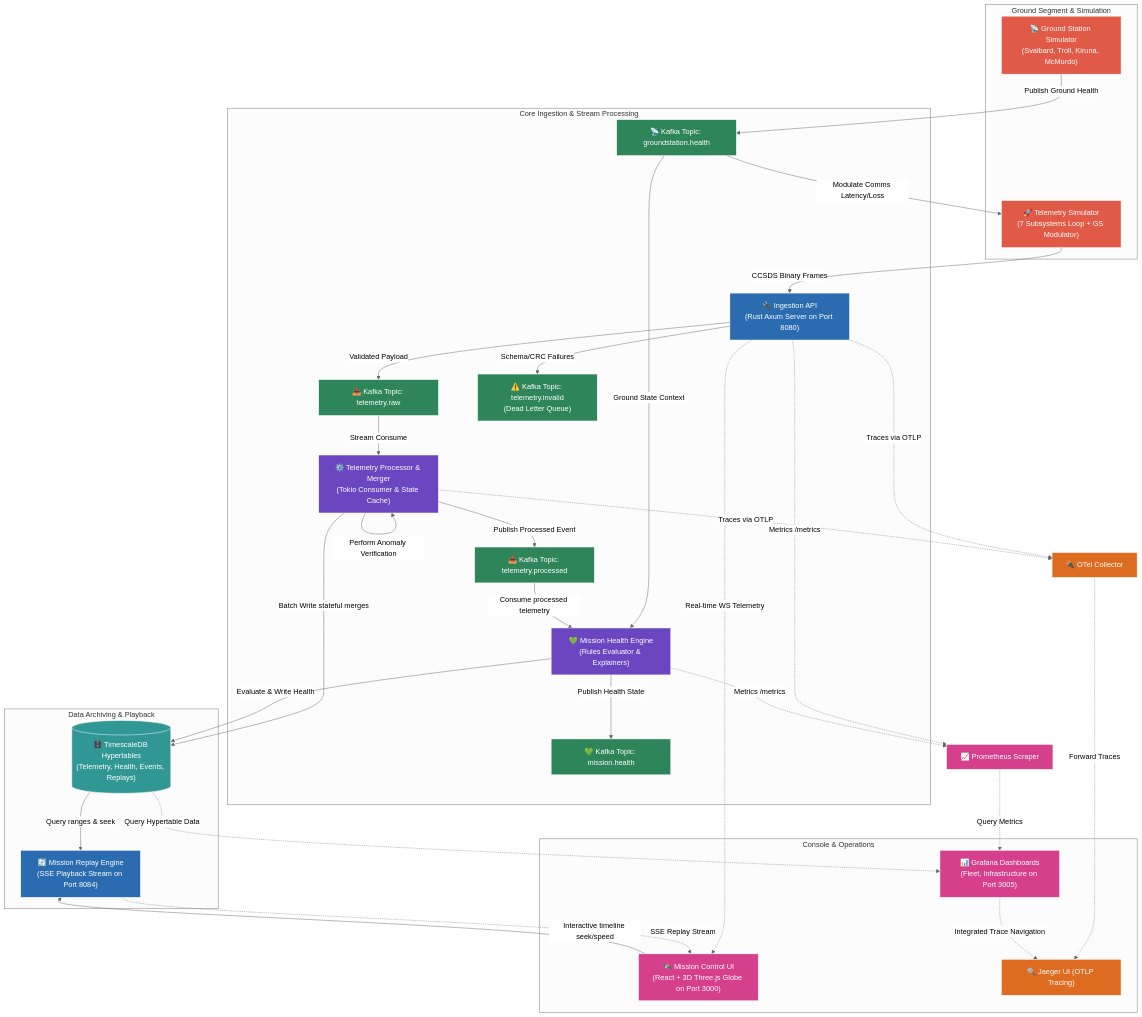
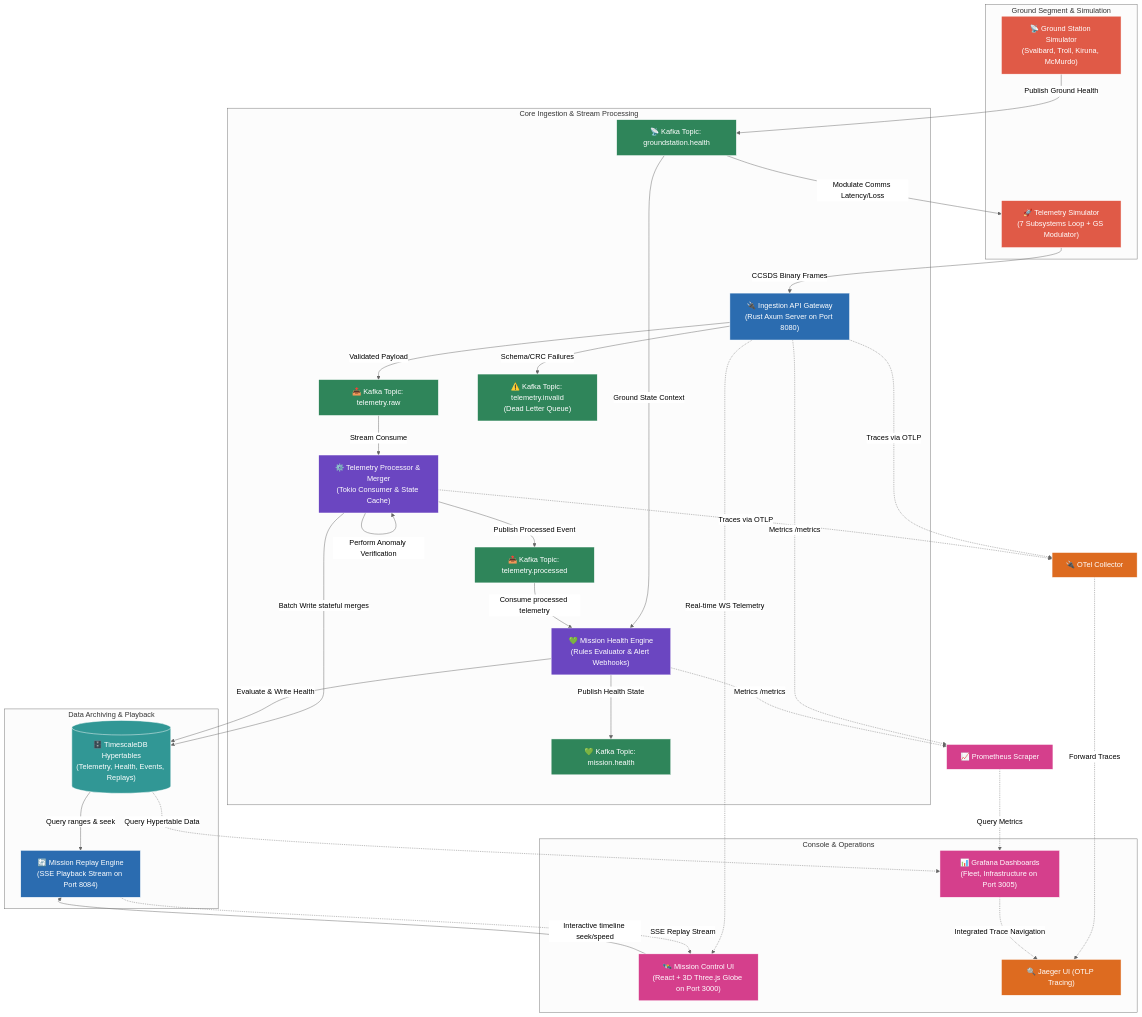
The diagram in README.md (sarkarbikram90/OrbitLogs), drawn with Mermaid (neutral theme) before and after one commit. The commit also changed other lines of this file and 7 other files, not shown here.

```diff
--- a/README.md
+++ b/README.md
@@ -60,14 +63,14 @@
 
     SIM["🚀 Telemetry Simulator<br/>(7 Subsystems Loop + GS Modulator)"]:::simulator
     GS_SIM["📡 Ground Station Simulator<br/>(Svalbard, Troll, Kiruna, McMurdo)"]:::simulator
-    API["🔌 Ingestion API<br/>(Rust Axum Server on Port 8080)"]:::api
+    API["🔌 Ingestion API Gateway<br/>(Rust Axum Server on Port 8080)"]:::api
     K_RAW["📥 Kafka Topic: telemetry.raw"]:::broker
     K_PROC["📤 Kafka Topic: telemetry.processed"]:::broker
     K_HLTH["💚 Kafka Topic: mission.health"]:::broker
     K_GS_HLTH["📡 Kafka Topic: groundstation.health"]:::broker
     K_DLQ["⚠️ Kafka Topic: telemetry.invalid<br/>(Dead Letter Queue)"]:::broker
     COL["⚙️ Telemetry Processor & Merger<br/>(Tokio Consumer & State Cache)"]:::consumer
-    HLTH["💚 Mission Health Engine<br/>(Rules Evaluator & Explainers)"]:::consumer
+    HLTH["💚 Mission Health Engine<br/>(Rules Evaluator & Alert Webhooks)"]:::consumer
     TSDB[("🗄️ TimescaleDB Hypertables<br/>(Telemetry, Health, Events, Replays)")]:::db
     REPLAY["🔄 Mission Replay Engine<br/>(SSE Playback Stream on Port 8084)"]:::api
     UI["🛰️ Mission Control UI<br/>(React + 3D Three.js Globe on Port 3000)"]:::visual
```
